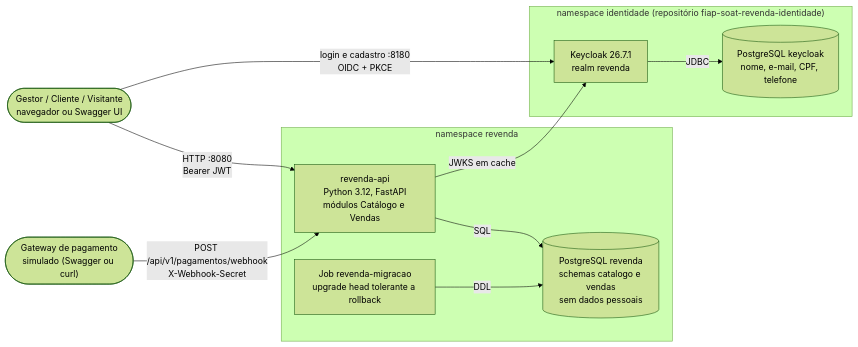
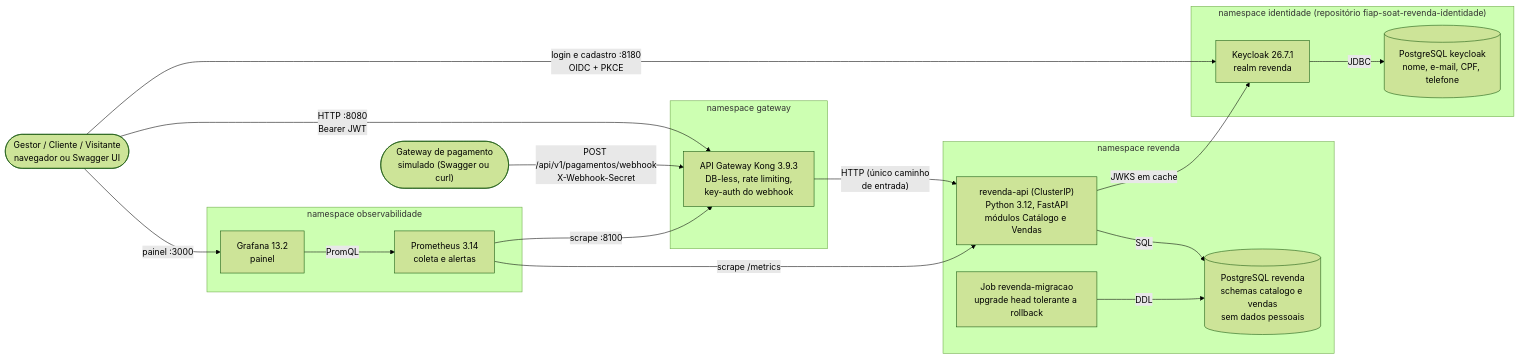
One commit to Caina-Climaco/fiap-soat-revenda-veiculos changed the diagram in README.md. Above: the diagram before and after it, drawn with Mermaid (forest theme). The commit also changed other lines of this file and 41 other files, not shown here.

First line of the commit message:
feat: API Gateway Kong e monitoramento com Prometheus e Grafana (ADR-015, ADR-016) (#9)

````diff
--- a/README.md
+++ b/README.md
@@ -72,24 +75,38 @@
 ```mermaid
 flowchart LR
   usuario(["Gestor / Cliente / Visitante<br/>navegador ou Swagger UI"])
   gw(["Gateway de pagamento<br/>simulado (Swagger ou curl)"])
 
+  subgraph NSG["namespace gateway"]
+    kong["API Gateway Kong 3.9.3<br/>DB-less, rate limiting,<br/>key-auth do webhook"]
+  end
+
+  subgraph NSO["namespace observabilidade"]
+    prom["Prometheus 3.14<br/>coleta e alertas"]
+    graf["Grafana 13.2<br/>painel"]
+  end
+
   subgraph NSR["namespace revenda"]
-    api["revenda-api<br/>Python 3.12, FastAPI<br/>módulos Catálogo e Vendas"]
+    api["revenda-api (ClusterIP)<br/>Python 3.12, FastAPI<br/>módulos Catálogo e Vendas"]
     mig["Job revenda-migracao<br/>upgrade head tolerante a rollback"]
     dbr[("PostgreSQL revenda<br/>schemas catalogo e vendas<br/>sem dados pessoais")]
   end
 
   subgraph NSI["namespace identidade (repositório fiap-soat-revenda-identidade)"]
     kc["Keycloak 26.7.1<br/>realm revenda"]
     dbk[("PostgreSQL keycloak<br/>nome, e-mail, CPF, telefone")]
   end
 
-  usuario -->|"HTTP :8080<br/>Bearer JWT"| api
+  usuario -->|"HTTP :8080<br/>Bearer JWT"| kong
   usuario -->|"login e cadastro :8180<br/>OIDC + PKCE"| kc
-  gw -->|"POST /api/v1/pagamentos/webhook<br/>X-Webhook-Secret"| api
+  usuario -->|"painel :3000"| graf
+  gw -->|"POST /api/v1/pagamentos/webhook<br/>X-Webhook-Secret"| kong
+  kong -->|"HTTP (único caminho<br/>de entrada)"| api
+  prom -->|"scrape /metrics"| api
+  prom -->|"scrape :8100"| kong
+  graf -->|"PromQL"| prom
   api -->|"SQL"| dbr
   mig -->|"DDL"| dbr
   api -->|"JWKS em cache"| kc
   kc -->|"JDBC"| dbk
 ```
````
